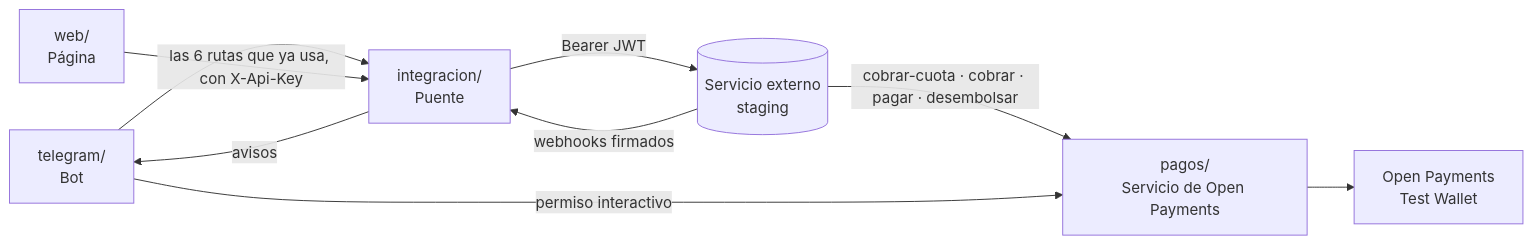
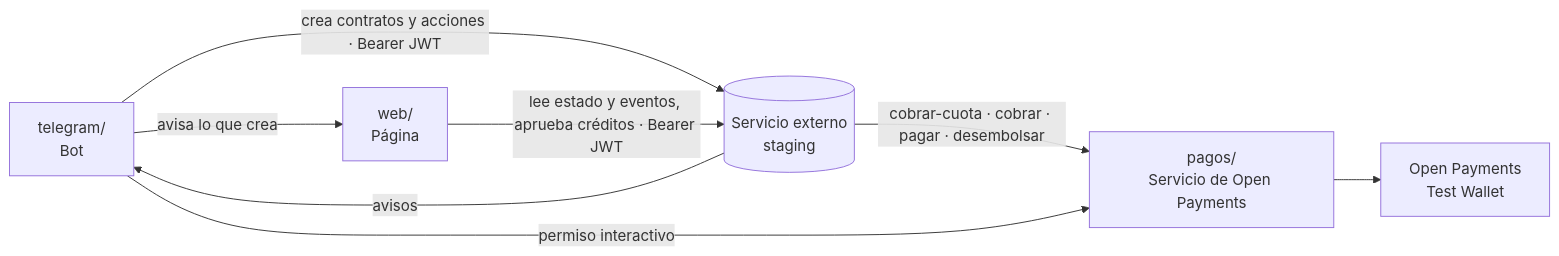
One commit to fintechfy-dev/openpayments-fintechfy changed the diagram in integracion/README.md. Above: the diagram before and after it, drawn with Mermaid. The commit also changed other lines of this file and 3 other files, not shown here.

First line of the commit message:
Mapas de integración con staging para el bot y la web

````diff
--- a/integracion/README.md
+++ b/integracion/README.md
@@ -7,11 +7,10 @@
 ```mermaid
 flowchart LR
-  BOT["telegram/<br/>Bot"] --> PUENTE["integracion/<br/>Puente"]
-  WEB["web/<br/>Página"] -->|las 6 rutas que ya usa, con X-Api-Key| PUENTE
-  PUENTE -->|Bearer JWT| EXT[("Servicio externo<br/>staging")]
-  EXT -->|webhooks firmados| PUENTE
-  PUENTE -->|avisos| BOT
+  BOT["telegram/<br/>Bot"] -->|crea contratos y acciones · Bearer JWT| EXT[("Servicio externo<br/>staging")]
+  WEB["web/<br/>Página"] -->|lee estado y eventos, aprueba créditos · Bearer JWT| EXT
+  BOT -->|avisa lo que crea| WEB
+  EXT -->|avisos| BOT
   EXT -->|cobrar-cuota · cobrar · pagar · desembolsar| PAGOS["pagos/<br/>Servicio de Open Payments"]
   BOT -->|permiso interactivo| PAGOS
   PAGOS --> OP["Open Payments<br/>Test Wallet"]
 ```
````
